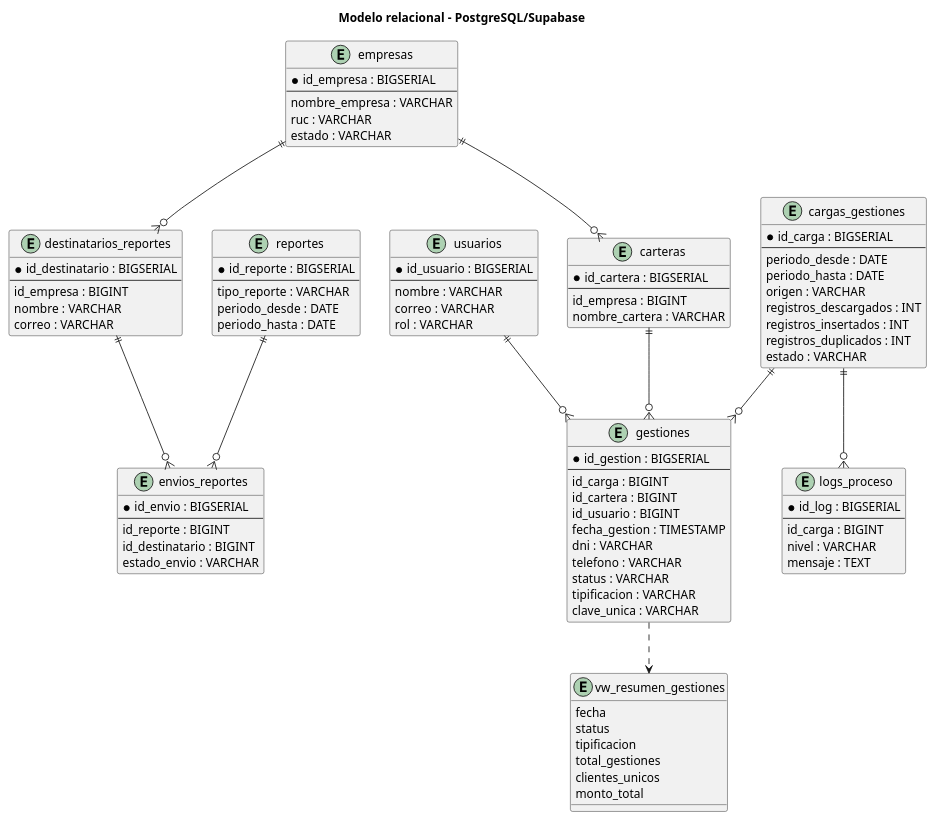
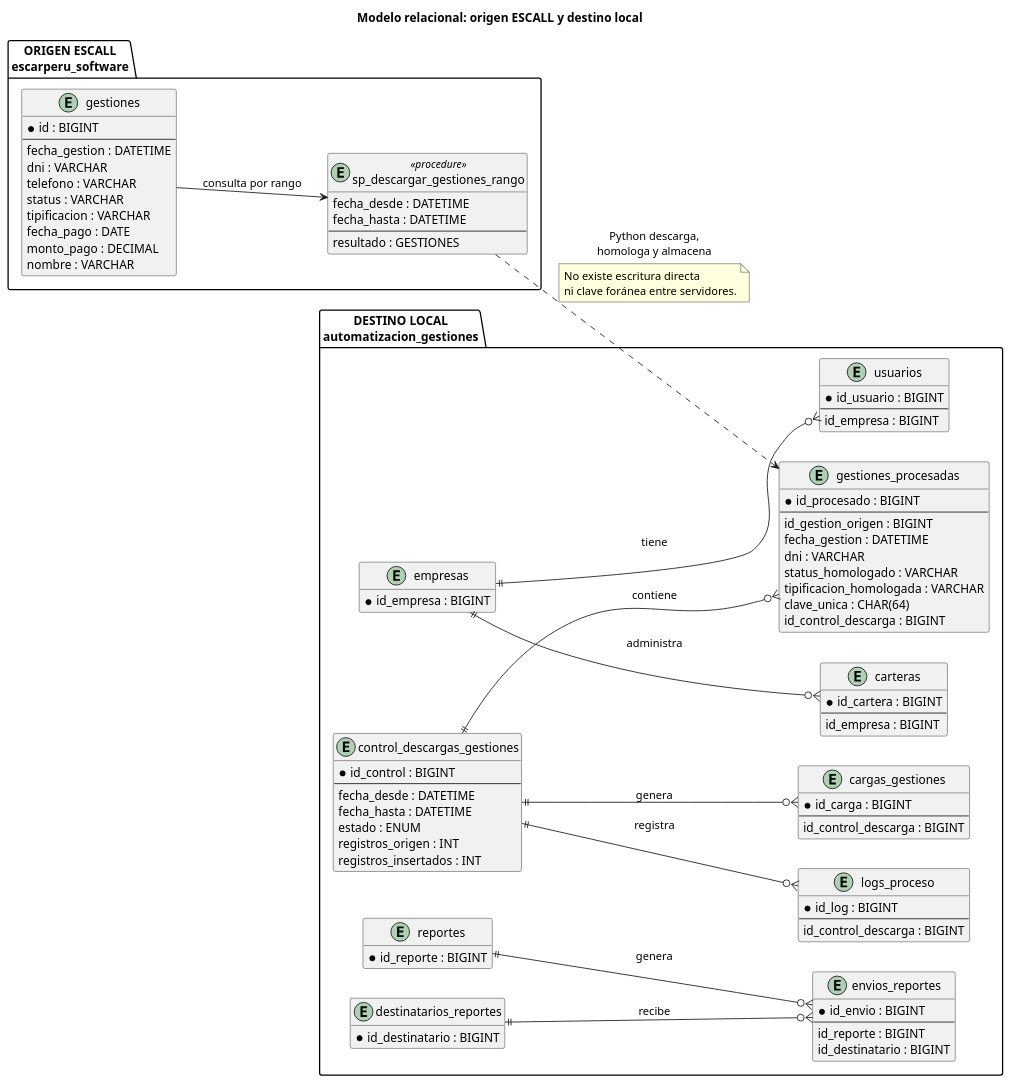
One commit to ilustroc/automatizacion_gestiones changed the diagram in docs/plantuml/modelo_relacional.puml. Above: the diagram before and after it, drawn with PlantUML. The commit also changed 85 other files, not shown here.

```diff
--- a/docs/plantuml/modelo_relacional.puml
+++ b/docs/plantuml/modelo_relacional.puml
@@ -1,104 +1,118 @@
 @startuml
-title Modelo relacional - PostgreSQL/Supabase
 
-entity empresas {
-  * id_empresa : BIGSERIAL
-  --
-  nombre_empresa : VARCHAR
-  ruc : VARCHAR
-  estado : VARCHAR
+title Modelo relacional: origen ESCALL y destino local
+
+left to right direction
+hide methods
+
+package "ORIGEN ESCALL\nescarperu_software" {
+
+    entity "gestiones" as gestiones_origen {
+        * id : BIGINT
+        --
+        fecha_gestion : DATETIME
+        dni : VARCHAR
+        telefono : VARCHAR
+        status : VARCHAR
+        tipificacion : VARCHAR
+        fecha_pago : DATE
+        monto_pago : DECIMAL
+        nombre : VARCHAR
+    }
+
+    entity "sp_descargar_gestiones_rango" as sp <<procedure>> {
+        fecha_desde : DATETIME
+        fecha_hasta : DATETIME
+        --
+        resultado : GESTIONES
+    }
+
+    gestiones_origen --> sp : consulta por rango
 }
 
-entity usuarios {
-  * id_usuario : BIGSERIAL
-  --
-  nombre : VARCHAR
-  correo : VARCHAR
-  rol : VARCHAR
+package "DESTINO LOCAL\nautomatizacion_gestiones" {
+
+    entity "empresas" as empresas {
+        * id_empresa : BIGINT
+    }
+
+    entity "usuarios" as usuarios {
+        * id_usuario : BIGINT
+        --
+        id_empresa : BIGINT
+    }
+
+    entity "carteras" as carteras {
+        * id_cartera : BIGINT
+        --
+        id_empresa : BIGINT
+    }
+
+    entity "control_descargas_gestiones" as controles {
+        * id_control : BIGINT
+        --
+        fecha_desde : DATETIME
+        fecha_hasta : DATETIME
+        estado : ENUM
+        registros_origen : INT
+        registros_insertados : INT
+    }
+
+    entity "cargas_gestiones" as cargas {
+        * id_carga : BIGINT
+        --
+        id_control_descarga : BIGINT
+    }
+
+    entity "gestiones_procesadas" as procesadas {
+        * id_procesado : BIGINT
+        --
+        id_gestion_origen : BIGINT
+        fecha_gestion : DATETIME
+        dni : VARCHAR
+        status_homologado : VARCHAR
+        tipificacion_homologada : VARCHAR
+        clave_unica : CHAR(64)
+        id_control_descarga : BIGINT
+    }
+
+    entity "reportes" as reportes {
+        * id_reporte : BIGINT
+    }
+
+    entity "destinatarios_reportes" as destinatarios {
+        * id_destinatario : BIGINT
+    }
+
+    entity "envios_reportes" as envios {
+        * id_envio : BIGINT
+        --
+        id_reporte : BIGINT
+        id_destinatario : BIGINT
+    }
+
+    entity "logs_proceso" as logs {
+        * id_log : BIGINT
+        --
+        id_control_descarga : BIGINT
+    }
+
+    empresas ||--o{ usuarios : tiene
+    empresas ||--o{ carteras : administra
+
+    controles ||--o{ cargas : genera
+    controles ||--o{ procesadas : contiene
+    controles ||--o{ logs : registra
+
+    reportes ||--o{ envios : genera
+    destinatarios ||--o{ envios : recibe
 }
 
-entity carteras {
-  * id_cartera : BIGSERIAL
-  --
-  id_empresa : BIGINT
-  nombre_cartera : VARCHAR
-}
+sp ..> procesadas : Python descarga,\nhomologa y almacena
 
-entity cargas_gestiones {
-  * id_carga : BIGSERIAL
-  --
-  periodo_desde : DATE
-  periodo_hasta : DATE
-  origen : VARCHAR
-  registros_descargados : INT
-  registros_insertados : INT
-  registros_duplicados : INT
-  estado : VARCHAR
-}
-
-entity gestiones {
-  * id_gestion : BIGSERIAL
-  --
-  id_carga : BIGINT
-  id_cartera : BIGINT
-  id_usuario : BIGINT
-  fecha_gestion : TIMESTAMP
-  dni : VARCHAR
-  telefono : VARCHAR
-  status : VARCHAR
-  tipificacion : VARCHAR
-  clave_unica : VARCHAR
-}
-
-entity reportes {
-  * id_reporte : BIGSERIAL
-  --
-  tipo_reporte : VARCHAR
-  periodo_desde : DATE
-  periodo_hasta : DATE
-}
-
-entity destinatarios_reportes {
-  * id_destinatario : BIGSERIAL
-  --
-  id_empresa : BIGINT
-  nombre : VARCHAR
-  correo : VARCHAR
-}
-
-entity envios_reportes {
-  * id_envio : BIGSERIAL
-  --
-  id_reporte : BIGINT
-  id_destinatario : BIGINT
-  estado_envio : VARCHAR
-}
-
-entity logs_proceso {
-  * id_log : BIGSERIAL
-  --
-  id_carga : BIGINT
-  nivel : VARCHAR
-  mensaje : TEXT
-}
-
-entity vw_resumen_gestiones {
-  fecha
-  status
-  tipificacion
-  total_gestiones
-  clientes_unicos
-  monto_total
-}
-
-empresas ||--o{ carteras
-empresas ||--o{ destinatarios_reportes
-carteras ||--o{ gestiones
-usuarios ||--o{ gestiones
-cargas_gestiones ||--o{ gestiones
-cargas_gestiones ||--o{ logs_proceso
-reportes ||--o{ envios_reportes
-destinatarios_reportes ||--o{ envios_reportes
-gestiones ..> vw_resumen_gestiones
+note on link
+No existe escritura directa
+ni clave foránea entre servidores.
+end note
 
 @enduml
```
